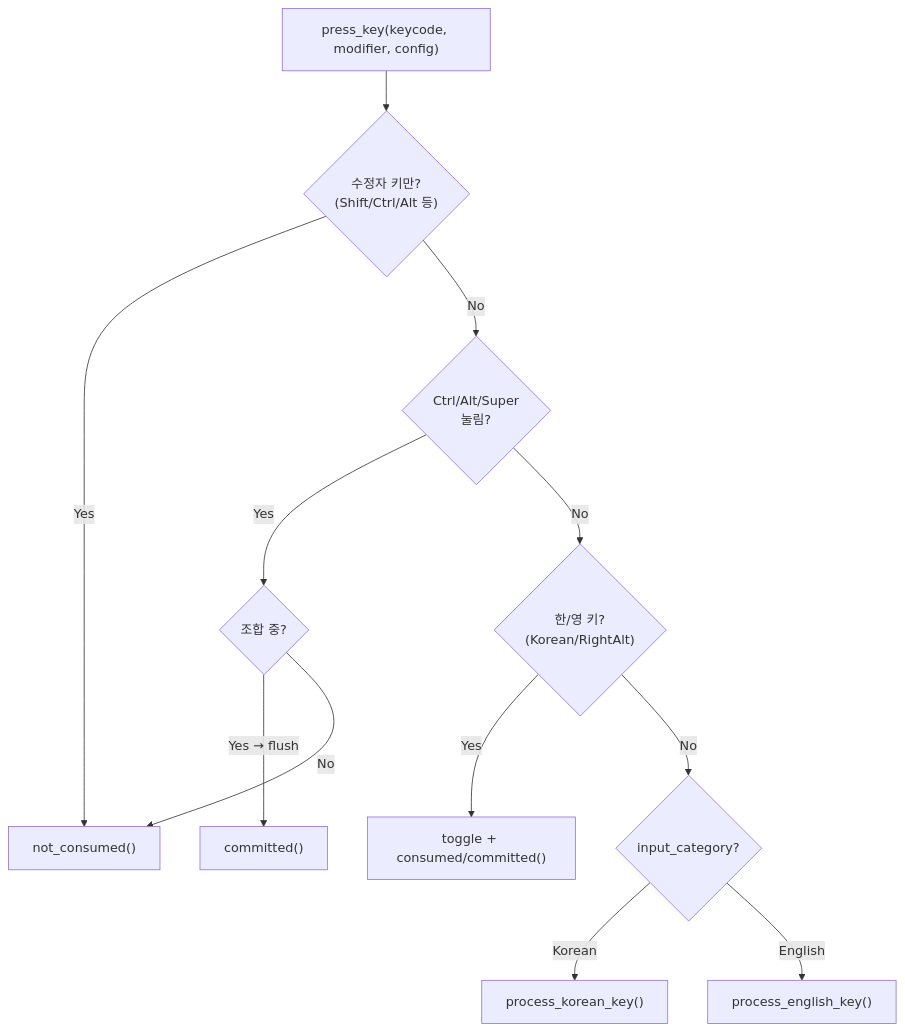
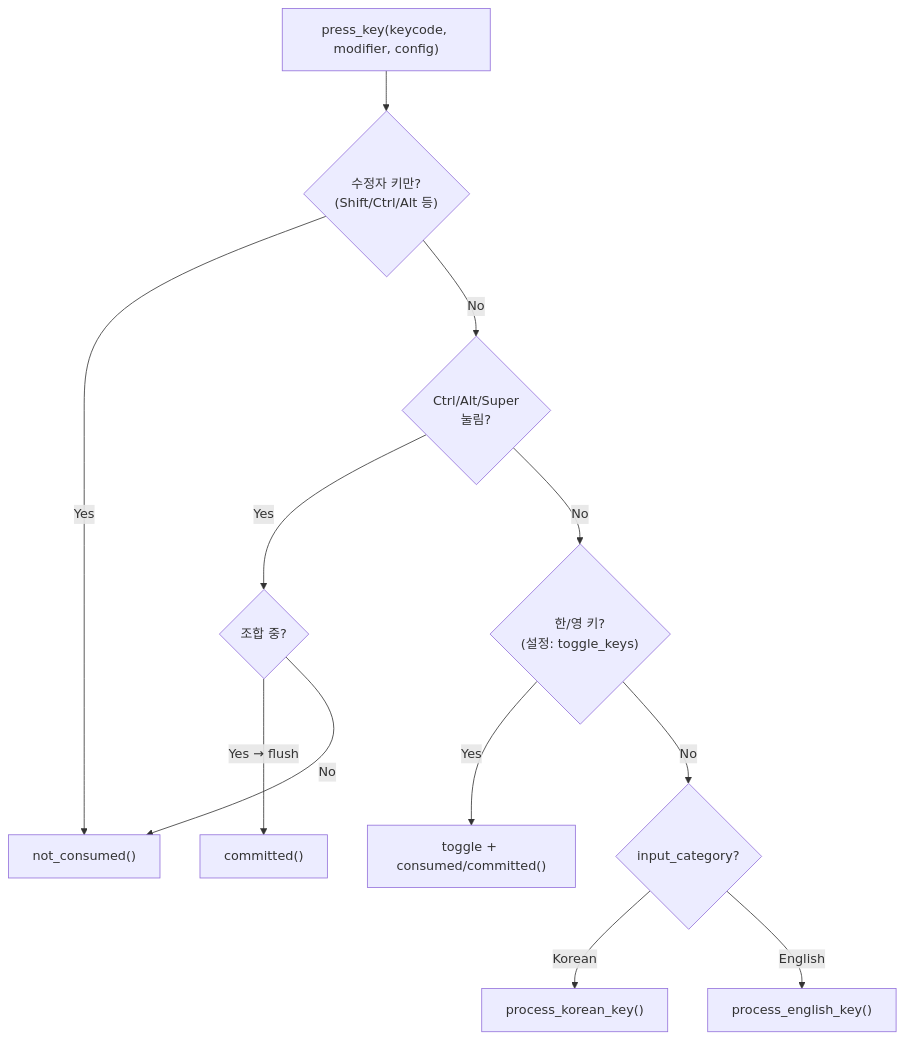
The second of 3 diagrams in src/SPEC.md (from104/unim), drawn with Mermaid before and after one commit. The commit also changed other lines of this file and 46 other files, not shown here.

````diff
--- a/src/SPEC.md
+++ b/src/SPEC.md
@@ -135,23 +136,23 @@
 ```mermaid
 flowchart TD
     START["press_key(keycode, modifier, config)"]
     MOD{"수정자 키만?<br/>(Shift/Ctrl/Alt 등)"}
     CTRL{"Ctrl/Alt/Super<br/>눌림?"}
     COMPOSE_CHECK{"조합 중?"}
-    TOGGLE{"한/영 키?<br/>(Korean/RightAlt)"}
+    TOGGLE{"한/영 키?\n(설정: toggle_keys)"}
     CATEGORY{"input_category?"}
     KOREAN["process_korean_key()"]
     ENGLISH["process_english_key()"]
     
     START --> MOD
     MOD -->|Yes| NC["not_consumed()"]
     MOD -->|No| CTRL
     CTRL -->|Yes| COMPOSE_CHECK
     COMPOSE_CHECK -->|"Yes → flush"| CM1["committed()"]
     COMPOSE_CHECK -->|No| NC
     CTRL -->|No| TOGGLE
     TOGGLE -->|Yes| T1["toggle + consumed/committed()"]
     TOGGLE -->|No| CATEGORY
     CATEGORY -->|Korean| KOREAN
     CATEGORY -->|English| ENGLISH
 ```
````
